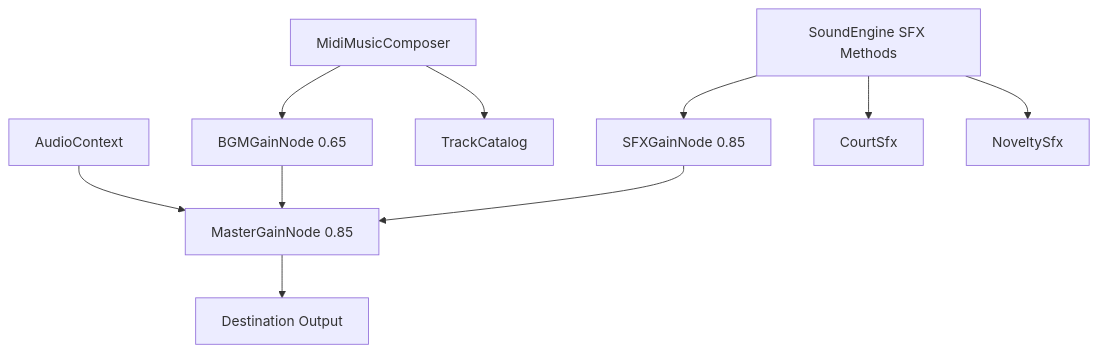
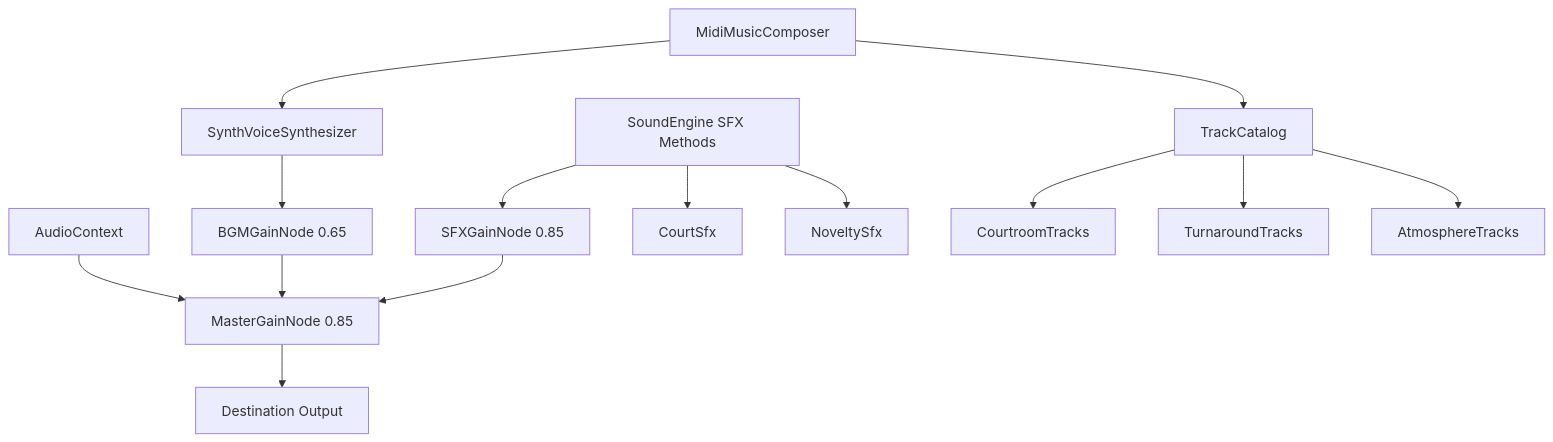
One commit to luisoncpp/aa-chapulin changed the diagram in docs/architecture/audio-system.md. Above: the diagram before and after it, drawn with Mermaid. The commit also changed other lines of this file and 14 other files, not shown here.

````diff
--- a/docs/architecture/audio-system.md
+++ b/docs/architecture/audio-system.md
@@ -9,15 +9,19 @@
 ```mermaid
 flowchart TD
     AC[AudioContext] --> Master[MasterGainNode 0.85]
     Master --> Dest[Destination Output]
     
     BGMGain[BGMGainNode 0.65] --> Master
     SFXGain[SFXGainNode 0.85] --> Master
     
-    Composer[MidiMusicComposer] --> BGMGain
+    Composer[MidiMusicComposer] --> VoiceSynth[SynthVoiceSynthesizer]
+    VoiceSynth --> BGMGain
     SFX[SoundEngine SFX Methods] --> SFXGain
     
     SFX --> CourtSfx[CourtSfx]
     SFX --> NoveltySfx[NoveltySfx]
     Composer --> TrackCatalog[TrackCatalog]
+    TrackCatalog --> CourtroomTracks[CourtroomTracks]
+    TrackCatalog --> TurnaroundTracks[TurnaroundTracks]
+    TrackCatalog --> AtmosphereTracks[AtmosphereTracks]
 ```
````
